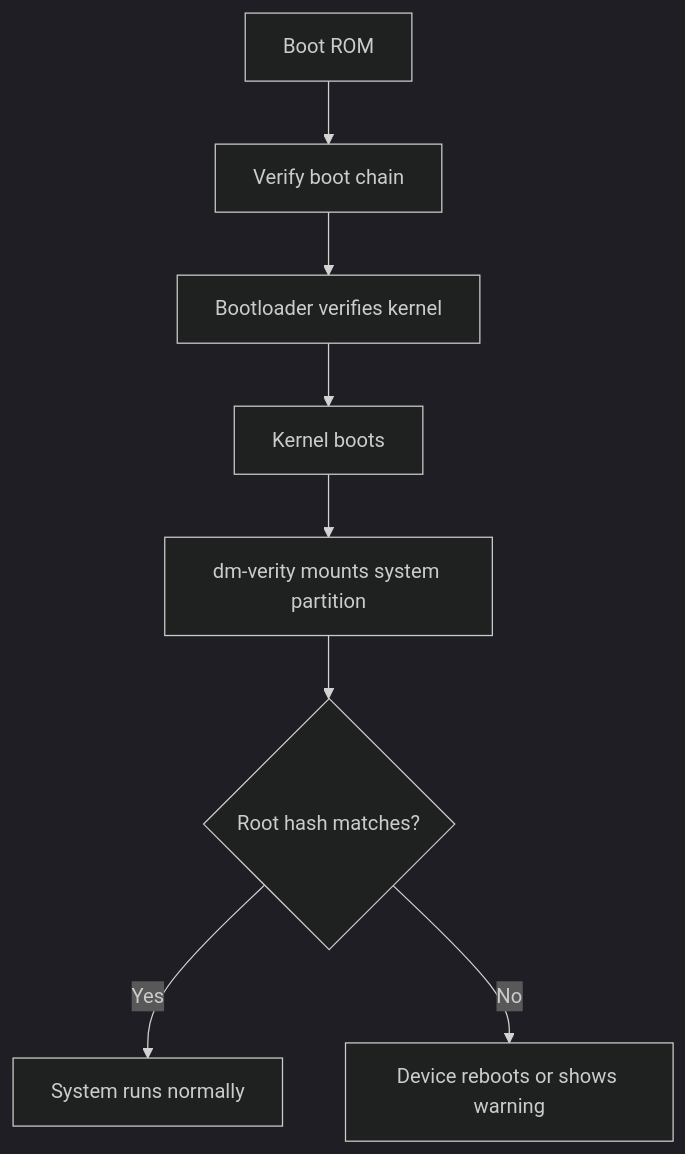
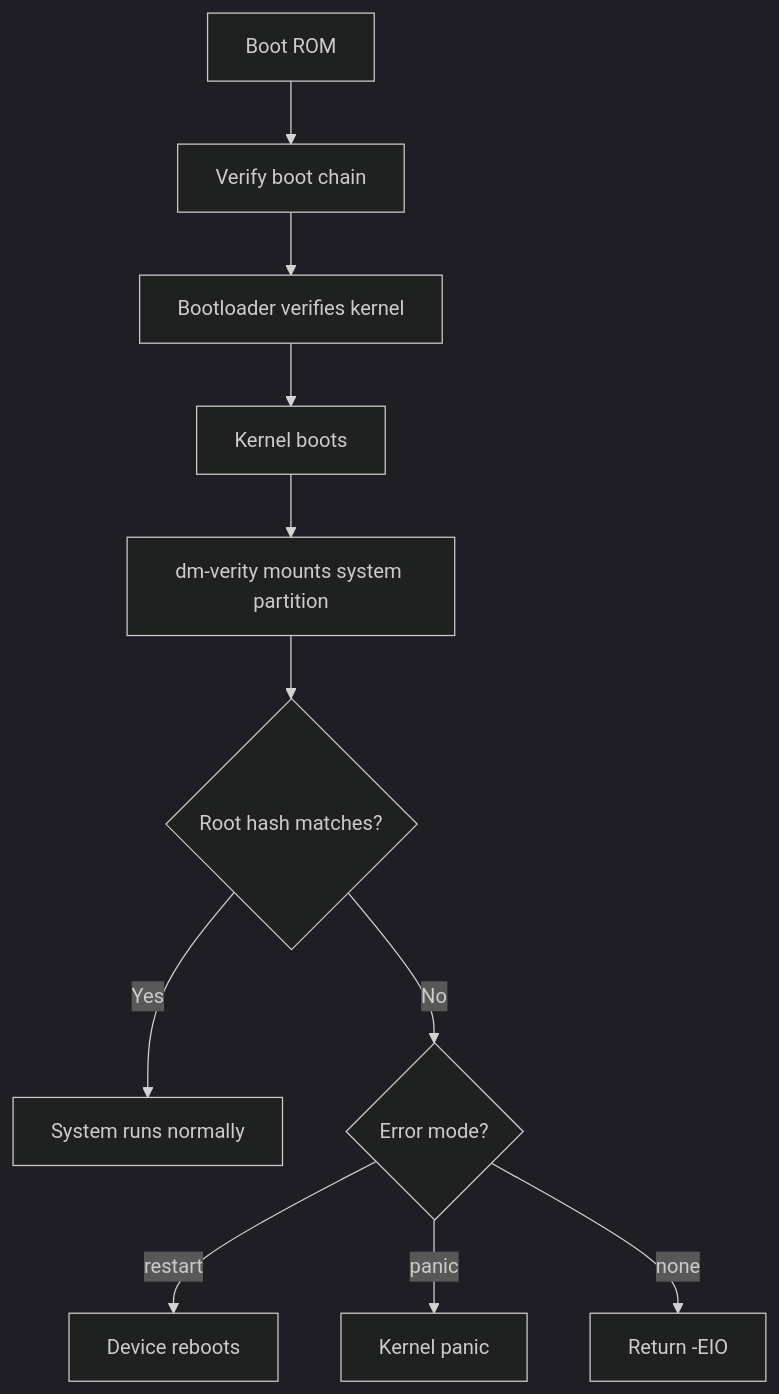
The sixth of 8 diagrams in src/kernel/drivers/dm-verity.md (Abhinav-Kumar012/lb2), drawn with Mermaid (dark theme) before and after one commit. The commit also changed other lines of this file, not shown here.

````diff
--- a/src/kernel/drivers/dm-verity.md
+++ b/src/kernel/drivers/dm-verity.md
@@ -173,10 +266,13 @@
 ```mermaid
 flowchart TD
     A[Boot ROM] --> B[Verify boot chain]
     B --> C[Bootloader verifies kernel]
     C --> D[Kernel boots]
     D --> E[dm-verity mounts system partition]
     E --> F{Root hash matches?}
     F -->|Yes| G[System runs normally]
-    F -->|No| H[Device reboots or shows warning]
+    F -->|No| H{Error mode?}
+    H -->|restart| I[Device reboots]
+    H -->|panic| J[Kernel panic]
+    H -->|none| K[Return -EIO]
 ```
````
